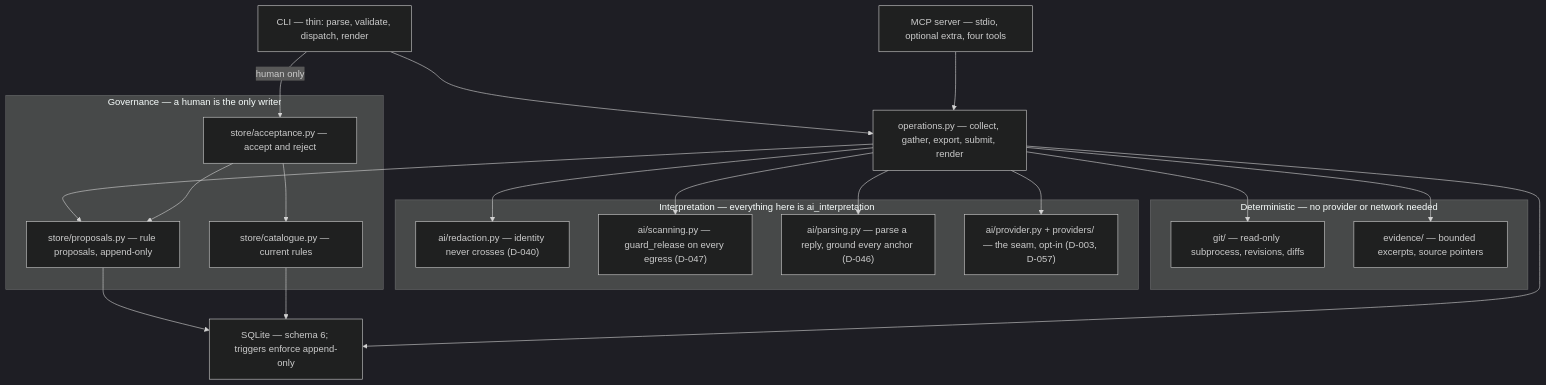
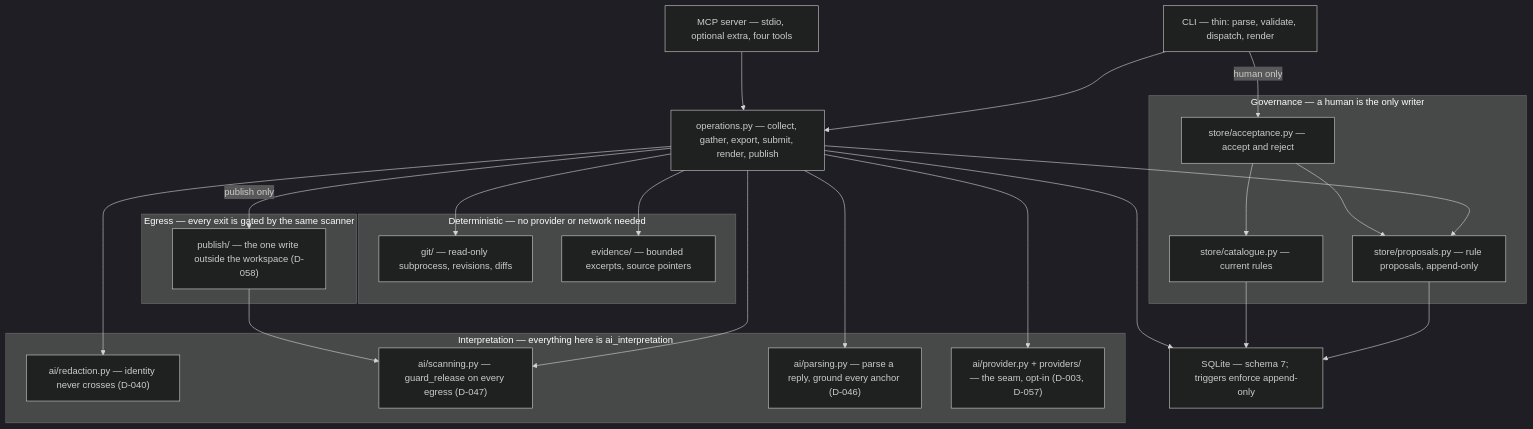
Before and after one commit to padjis/claudine: the first of 3 diagrams in ARCHITECTURE.md, drawn with Mermaid (dark theme). The commit also changed other lines of this file and 14 other files, not shown here.

````diff
--- a/ARCHITECTURE.md
+++ b/ARCHITECTURE.md
@@ -33,42 +33,48 @@
 ```mermaid
 flowchart TD
     CLI["CLI — thin: parse, validate, dispatch, render"]
     MCP["MCP server — stdio, optional extra, four tools"]
-    OPS["operations.py — collect, gather, export, submit, render"]
+    OPS["operations.py — collect, gather, export, submit, render, publish"]
 
     subgraph DET["Deterministic — no provider or network needed"]
         GIT["git/ — read-only subprocess, revisions, diffs"]
         EV["evidence/ — bounded excerpts, source pointers"]
     end
 
     subgraph INT["Interpretation — everything here is ai_interpretation"]
         RED["ai/redaction.py — identity never crosses (D-040)"]
         SCAN["ai/scanning.py — guard_release on every egress (D-047)"]
         PARSE["ai/parsing.py — parse a reply, ground every anchor (D-046)"]
         PROV["ai/provider.py + providers/ — the seam, opt-in (D-003, D-057)"]
     end
 
+    subgraph OUT["Egress — every exit is gated by the same scanner"]
+        PUB["publish/ — the one write outside the workspace (D-058)"]
+    end
+
     subgraph GOV["Governance — a human is the only writer"]
         REV["store/acceptance.py — accept and reject"]
         CAT["store/catalogue.py — current rules"]
         PROP["store/proposals.py — rule proposals, append-only"]
     end
 
-    DB["SQLite — schema 6; triggers enforce append-only"]
+    DB["SQLite — schema 7; triggers enforce append-only"]
 
     CLI --> OPS
     MCP --> OPS
     CLI -->|"human only"| REV
     OPS --> GIT
     OPS --> EV
     OPS --> RED
     OPS --> SCAN
     OPS --> PARSE
     OPS --> PROV
     OPS --> PROP
+    OPS -->|"publish only"| PUB
+    PUB --> SCAN
     REV --> CAT
     REV --> PROP
     PROP --> DB
     CAT --> DB
     OPS --> DB
 ```
````
